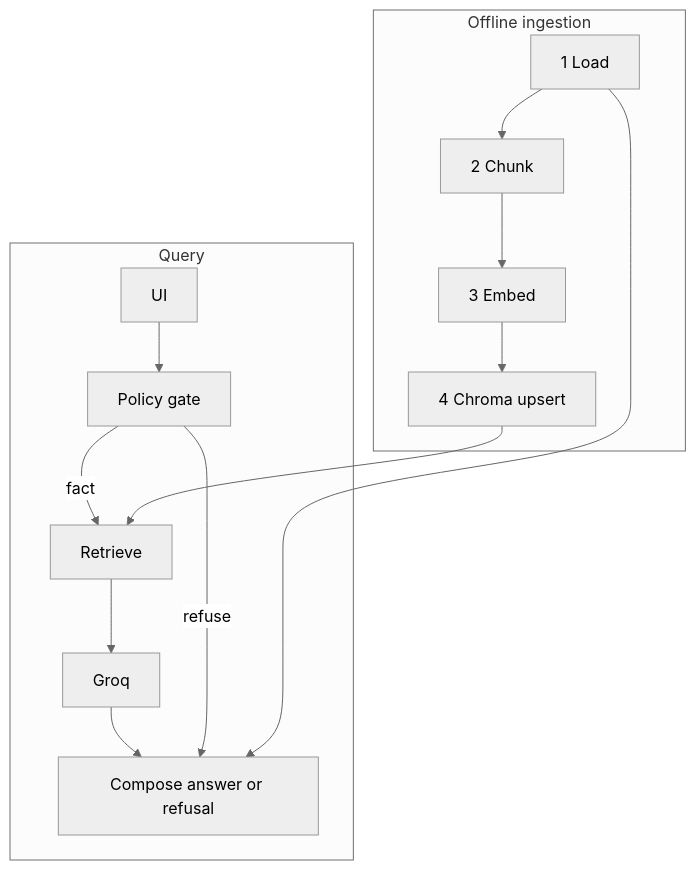
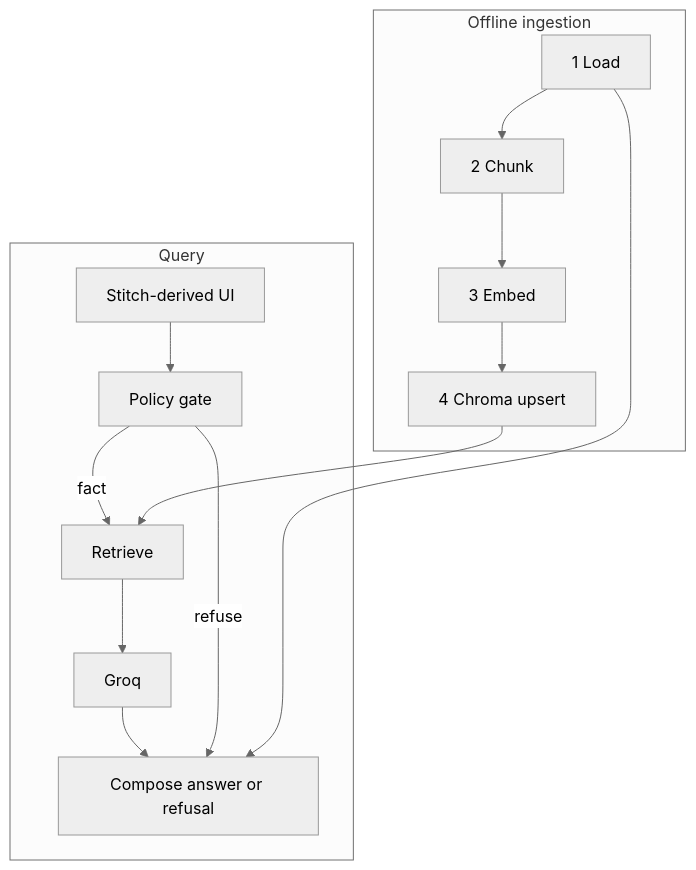
One commit to mahak200/GROWW-FAQ changed the second of 3 diagrams in Doc/architecture.md. Above: the diagram before and after it, drawn with Mermaid (neutral theme). The commit also changed other lines of this file and 4 other files, not shown here.

````diff
--- a/Doc/architecture.md
+++ b/Doc/architecture.md
@@ -38,24 +43,24 @@
 ```mermaid
 flowchart TB
   subgraph offline [Offline ingestion]
     load[1 Load]
     chunk[2 Chunk]
     embed[3 Embed]
     index[4 Chroma upsert]
     load --> chunk --> embed --> index
   end
 
   subgraph online [Query]
-    ui[UI]
+    ui[Stitch-derived UI]
     gate[Policy gate]
     retrieve[Retrieve]
     compose[Compose answer or refusal]
     llm[Groq]
     ui --> gate
     gate -->|fact| retrieve --> llm --> compose
     gate -->|refuse| compose
   end
 
   index --> retrieve
   load --> compose
 ```
````
